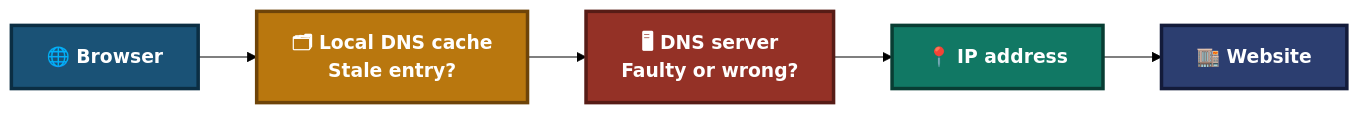
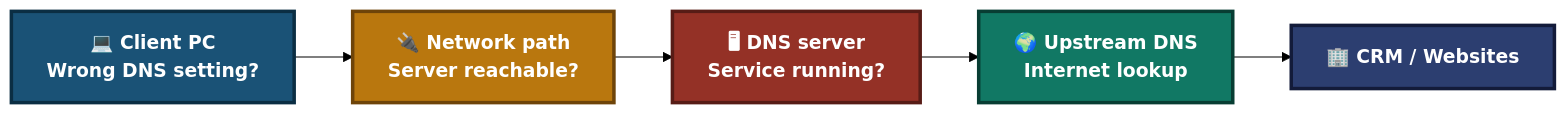
One commit to malaika-azhar/Customer-Tech-Support-Portfolio changed the third of 6 diagrams in 01-video-knowledge-base/01.1-DNS-Resolution-Issue.md. Above: the diagram before and after it, drawn with Mermaid (forest theme). The commit also changed other lines of this file, not shown here.

````diff
--- a/01-video-knowledge-base/01.1-DNS-Resolution-Issue.md
+++ b/01-video-knowledge-base/01.1-DNS-Resolution-Issue.md
@@ -169,10 +209,10 @@
 ```mermaid
 flowchart LR
-    A["🌐 Browser"]:::a --> B["🗂 Local DNS cache<br/>Stale entry?"]:::b --> C["🖥 DNS server<br/>Faulty or wrong?"]:::c --> D["📍 IP address"]:::d --> E["🏬 Website"]:::e
+    A["💻 Client PC<br/>Wrong DNS setting?"]:::a --> B["🔌 Network path<br/>Server reachable?"]:::b --> C["🖥 DNS server<br/>Service running?"]:::c --> D["🌍 Upstream DNS<br/>Internet lookup"]:::d --> E["🏢 CRM / Websites"]:::e
 
     classDef a fill:#1A5276,stroke:#0B2E43,stroke-width:3px,color:#FFFFFF,font-weight:bold
     classDef b fill:#B9770E,stroke:#6E4409,stroke-width:3px,color:#FFFFFF,font-weight:bold
     classDef c fill:#943126,stroke:#571C16,stroke-width:3px,color:#FFFFFF,font-weight:bold
     classDef d fill:#117864,stroke:#083D33,stroke-width:3px,color:#FFFFFF,font-weight:bold
     classDef e fill:#2C3E70,stroke:#131B3A,stroke-width:3px,color:#FFFFFF,font-weight:bold
 ```
````
